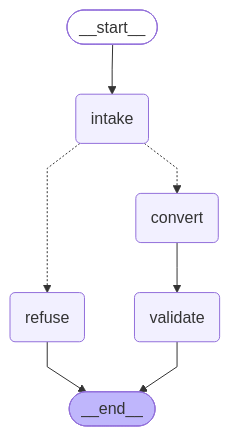
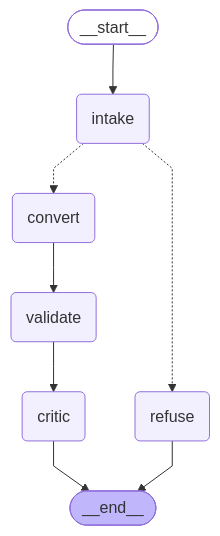
The diagram in README.md (varunbhatt2193/selenium2playwright), drawn with Mermaid before and after one commit. The commit also changed other lines of this file and 9 other files, not shown here.

````diff
--- a/README.md
+++ b/README.md
@@ -18,23 +18,25 @@
 ```mermaid
 ---
 config:
   flowchart:
     curve: linear
 ---
 graph TD;
 	__start__([<p>__start__</p>]):::first
 	intake(intake)
 	convert(convert)
 	refuse(refuse)
 	validate(validate)
+	critic(critic)
 	__end__([<p>__end__</p>]):::last
 	__start__ --> intake;
 	convert --> validate;
 	intake -.-> convert;
 	intake -.-> refuse;
+	validate --> critic;
+	critic --> __end__;
 	refuse --> __end__;
-	validate --> __end__;
 	classDef default fill:#f2f0ff,line-height:1.2
 	classDef first fill-opacity:0
 	classDef last fill:#bfb6fc
 ```
````
